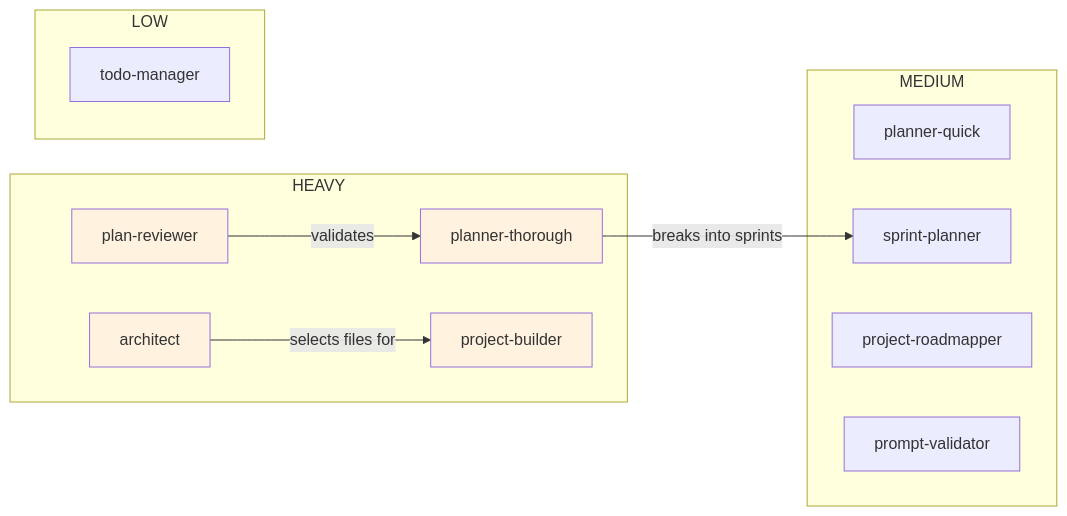
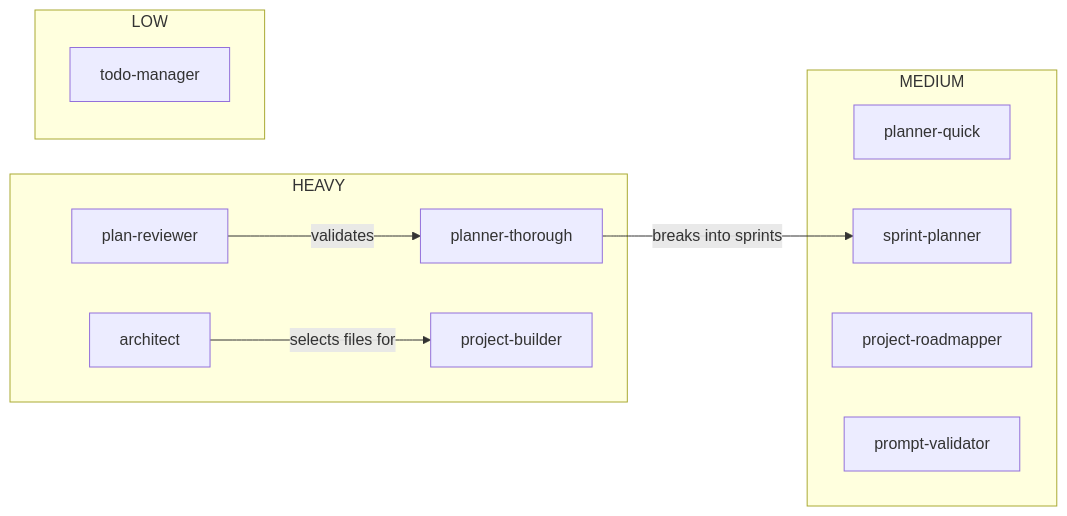
One commit to radoxtech/diricode changed the third of 7 diagrams in README.md. Above: the diagram before and after it, drawn with Mermaid. The commit also changed other lines of this file, not shown here.

Commit message:
docs: remove custom Mermaid colors from agent diagrams — use default theme

````diff
--- a/README.md
+++ b/README.md
@@ -237,27 +230,22 @@
 ```mermaid
 graph LR
     subgraph "HEAVY"
         PT[planner-thorough]
         AR[architect]
         PB[project-builder]
         PLR[plan-reviewer]
     end
     subgraph "MEDIUM"
         PQ[planner-quick]
         SP[sprint-planner]
         PR[project-roadmapper]
         PV[prompt-validator]
     end
     subgraph "LOW"
         TM[todo-manager]
     end
 
     PT -->|breaks into sprints| SP
     AR -->|selects files for| PB
     PLR -->|validates| PT
-
-    style PT fill:#fff3e0
-    style AR fill:#fff3e0
-    style PB fill:#fff3e0
-    style PLR fill:#fff3e0
 ```
````
